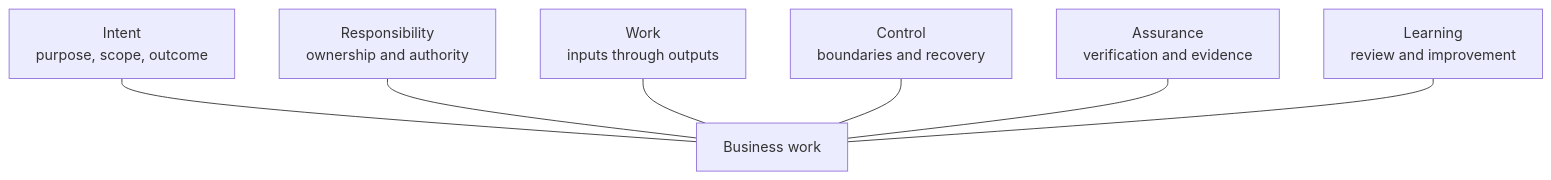
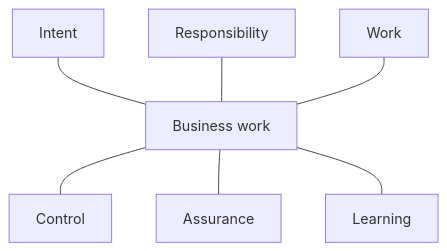
The diagram in framework/operating-framework.md (BradGroux/ai-native-operating-framework), drawn with Mermaid before and after one commit. The commit also changed 23 other files, not shown here.

````diff
--- a/framework/operating-framework.md
+++ b/framework/operating-framework.md
@@ -43,17 +43,17 @@
 ```mermaid
 flowchart TB
     B["Business work"]
-    I["Intent<br/>purpose, scope, outcome"]
-    R["Responsibility<br/>ownership and authority"]
-    W["Work<br/>inputs through outputs"]
-    C["Control<br/>boundaries and recovery"]
-    A["Assurance<br/>verification and evidence"]
-    L["Learning<br/>review and improvement"]
+    I["Intent"]
+    R["Responsibility"]
+    W["Work"]
+    C["Control"]
+    A["Assurance"]
+    L["Learning"]
 
     I --- B
     R --- B
     W --- B
-    C --- B
-    A --- B
-    L --- B
+    B --- C
+    B --- A
+    B --- L
 ```
````
